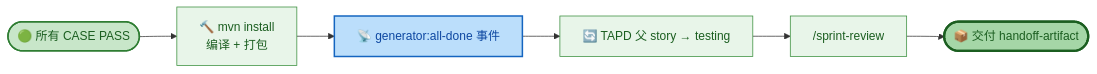
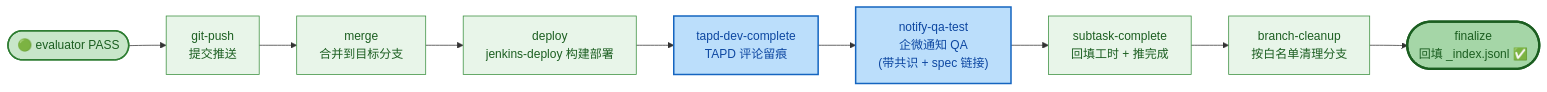
Diagram 12 of 14 in README.md (dd-xiaozhi/dev-agent-flow), drawn with Mermaid before and after one commit. The commit also changed other lines of this file and 2 other files, not shown here.

Commit message:
docs: README 全量刷新对齐当前实现(arbiter+registry+19步tapd-full+23事件+hooks) + doc-librarian/notify 规则微调

````diff
--- a/README.md
+++ b/README.md
@@ -564,18 +580,21 @@
 ```mermaid
 flowchart LR
-    A([🟢 所有 CASE PASS]) --> B[🔨 mvn install<br/>编译 + 打包]
-    B --> C[📡 generator:all-done 事件]
-    C --> D[🔄 TAPD 父 story → testing]
-    D --> E["/sprint-review"]
-    E --> F([📦 交付 handoff-artifact])
+    A([🟢 evaluator PASS]) --> B["git-push<br/>提交推送"]
+    B --> C["merge<br/>合并到目标分支"]
+    C --> D["deploy<br/>jenkins-deploy 构建部署"]
+    D --> E["tapd-dev-complete<br/>TAPD 评论留痕"]
+    E --> F["notify-qa-test<br/>企微通知 QA<br/>(带共识 + spec 链接)"]
+    F --> G["subtask-complete<br/>回填工时 + 推完成"]
+    G --> H["branch-cleanup<br/>按白名单清理分支"]
+    H --> I([finalize<br/>回填 _index.jsonl ✅])
 
     classDef entry fill:#c8e6c9,stroke:#2e7d32,stroke-width:2px,color:#1b5e20
     classDef build fill:#e8f5e9,stroke:#388e3c,stroke-width:1px,color:#1b5e20
-    classDef event fill:#bbdefb,stroke:#1565c0,stroke-width:2px,color:#0d47a1
+    classDef notify fill:#bbdefb,stroke:#1565c0,stroke-width:2px,color:#0d47a1
     classDef done fill:#a5d6a7,stroke:#1b5e20,stroke-width:3px,color:#1b5e20
 
     class A entry
-    class B,D,E build
-    class C event
-    class F done
+    class B,C,D,G,H build
+    class E,F notify
+    class I done
 ```
````
